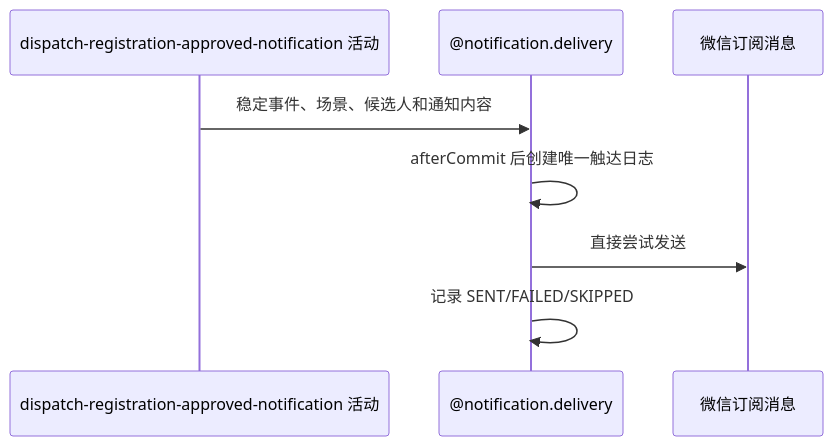
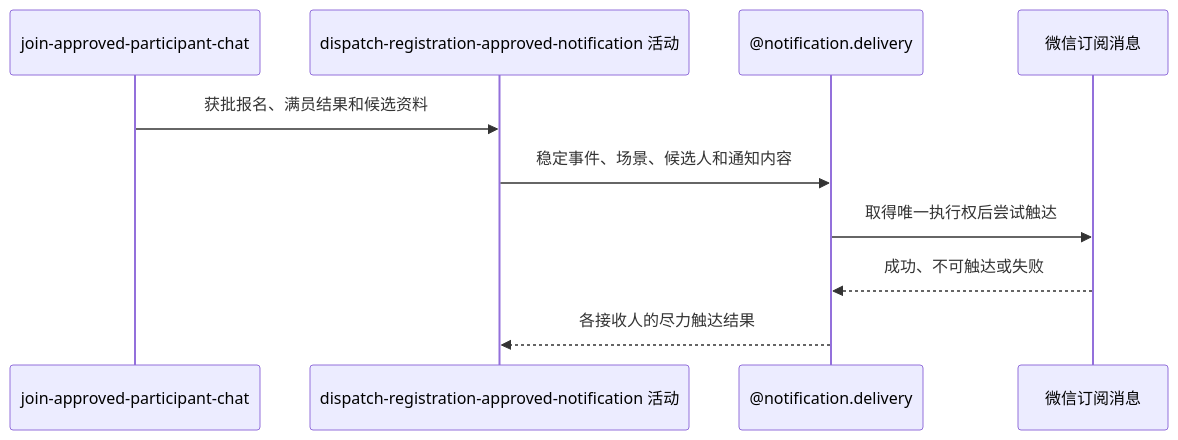
Before and after one commit to chxt100016/Rally: the diagram in blueprint/spec/meetup/registration-approve/dispatch-registration-approved-notification/activity.md, drawn with Mermaid. The commit also changed other lines of this file and 871 other files, not shown here.

````diff
--- a/blueprint/spec/meetup/registration-approve/dispatch-registration-approved-notification/activity.md
+++ b/blueprint/spec/meetup/registration-approve/dispatch-registration-approved-notification/activity.md
@@ -14,10 +14,12 @@
 ```mermaid
 sequenceDiagram
+    participant J as join-approved-participant-chat
     participant A as dispatch-registration-approved-notification 活动
     participant N as @notification.delivery
     participant W as 微信订阅消息
+    J->>A: 获批报名、满员结果和候选资料
     A->>N: 稳定事件、场景、候选人和通知内容
-    N->>N: afterCommit 后创建唯一触达日志
-    N->>W: 直接尝试发送
-    N->>N: 记录 SENT/FAILED/SKIPPED
+    N->>W: 取得唯一执行权后尝试触达
+    W-->>N: 成功、不可触达或失败
+    N-->>A: 各接收人的尽力触达结果
 ```
````
